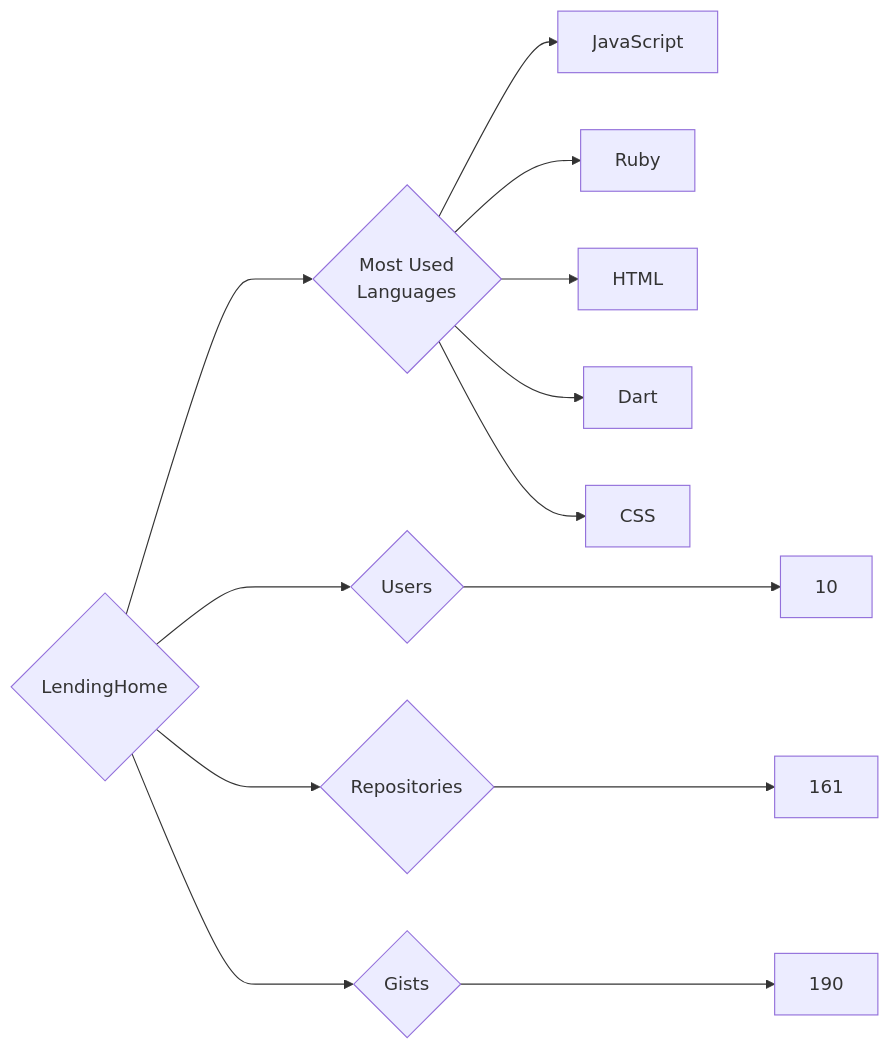
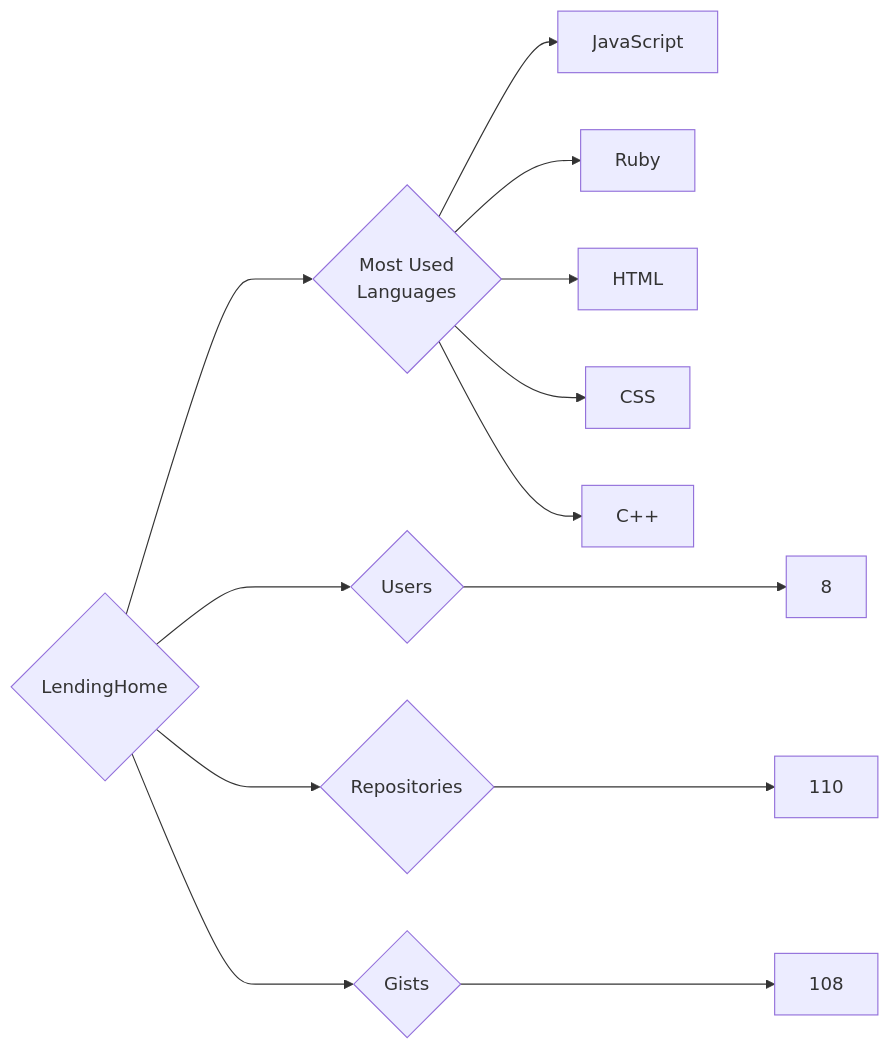
One commit to trickest/insiders changed the diagram in targets/LendingHome/README.md. Above: the diagram before and after it, drawn with Mermaid. The commit also changed 1496 other files, not shown here.

````diff
--- a/targets/LendingHome/README.md
+++ b/targets/LendingHome/README.md
@@ -3,13 +3,13 @@
 ```mermaid
 graph LR
 COMPANY_NAME{LendingHome}
-COMPANY_NAME ---> U{Users} ---> UN[10]
-COMPANY_NAME ---> R{Repositories} ---> RN[161]
-COMPANY_NAME ---> G{Gists} ---> GN[190]
+COMPANY_NAME ---> U{Users} ---> UN[8]
+COMPANY_NAME ---> R{Repositories} ---> RN[110]
+COMPANY_NAME ---> G{Gists} ---> GN[108]
 COMPANY_NAME ---> ML{Most Used<br>Languages}
 ML --> JavaScript[JavaScript]
 ML --> Ruby[Ruby]
 ML --> HTML[HTML]
-ML --> Dart[Dart]
 ML --> CSS[CSS]
+ML --> C++[C++]
 ```
````
